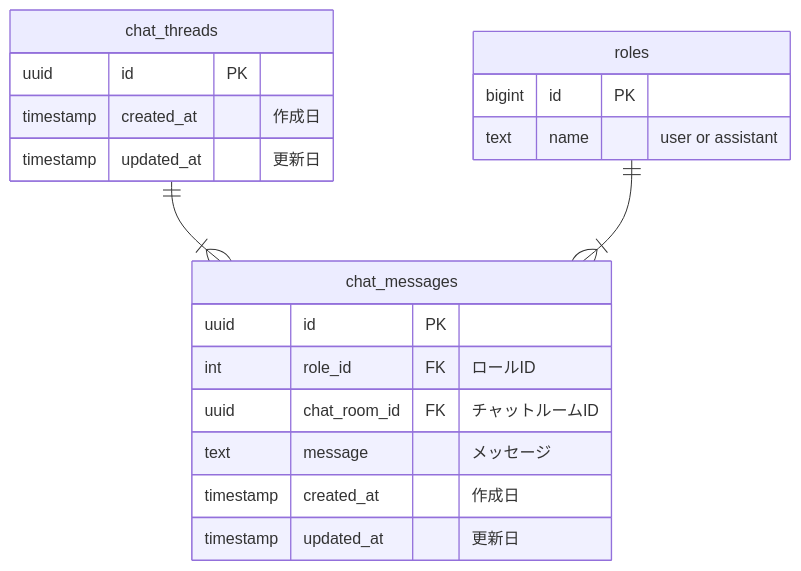
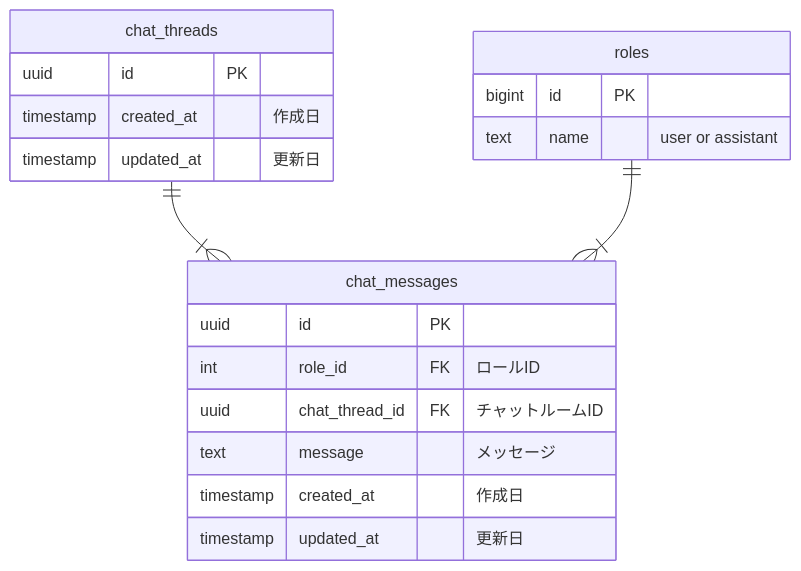
The diagram in documents/er.md (nakajima97/llm-chat-app-server), drawn with Mermaid before and after one commit. The commit also changed 14 other files, not shown here.

````diff
--- a/documents/er.md
+++ b/documents/er.md
@@ -1,27 +1,27 @@
 ```mermaid
 erDiagram
 
 chat_threads ||--|{ chat_messages : ""
 roles ||--|{ chat_messages : ""
 
 roles {
   bigint id PK
   text name "user or assistant"
 }
 
 chat_messages {
   uuid id PK
   int role_id FK "ロールID"
-  uuid chat_room_id FK "チャットルームID"
+  uuid chat_thread_id FK "チャットルームID"
   text message "メッセージ"
   timestamp created_at "作成日"
   timestamp updated_at "更新日"
 }
 
 chat_threads {
   uuid id PK
   timestamp created_at "作成日"
   timestamp updated_at "更新日"
 }
 
 ```
````
